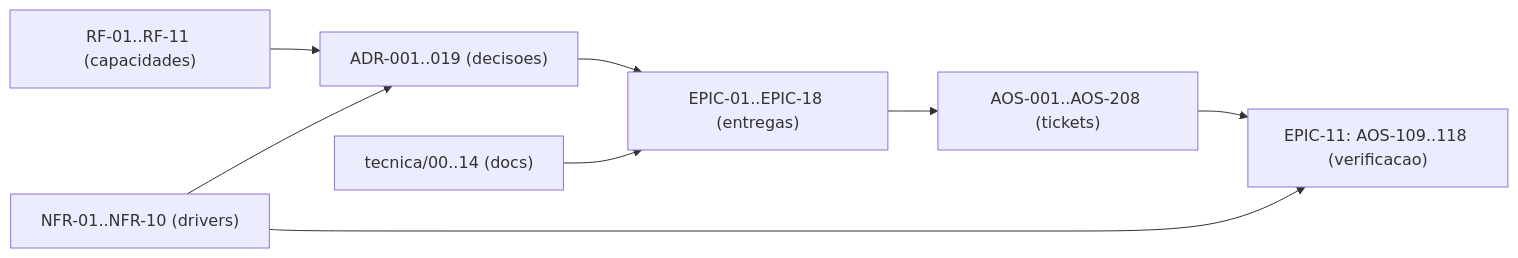
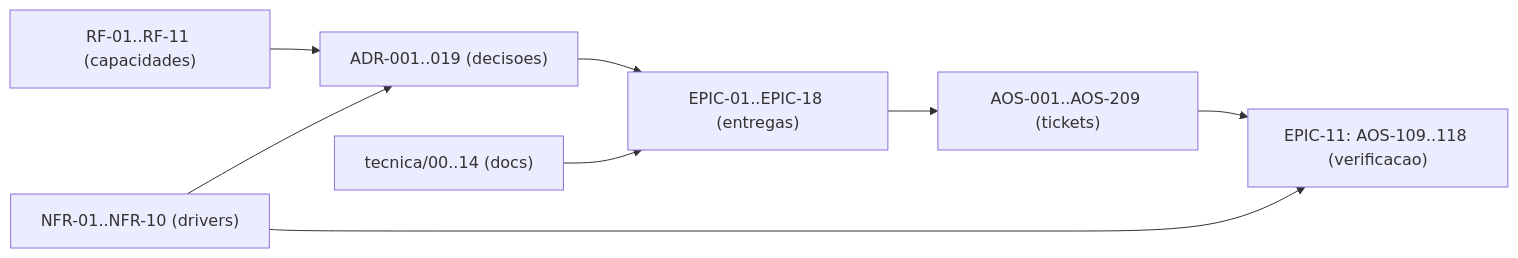
Before and after one commit to albinoJimy/aos: the diagram in tecnica/16_Rastreabilidade_RTM.md, drawn with Mermaid. The commit also changed other lines of this file and 2 other files, not shown here.

First line of the commit message:
feat(EPIC-18): criar AOS-209 -- terminacao TLS do no (fecha a nota orfa do EPIC-15)

````diff
--- a/tecnica/16_Rastreabilidade_RTM.md
+++ b/tecnica/16_Rastreabilidade_RTM.md
@@ -166,10 +166,10 @@
 ```mermaid
 flowchart LR
     RF["RF-01..RF-11 (capacidades)"] --> ADR["ADR-001..019 (decisoes)"]
     NFR["NFR-01..NFR-10 (drivers)"] --> ADR
     ADR --> EPIC["EPIC-01..EPIC-18 (entregas)"]
-    EPIC --> TICK["AOS-001..AOS-208 (tickets)"]
+    EPIC --> TICK["AOS-001..AOS-209 (tickets)"]
     DOC["tecnica/00..14 (docs)"] --> EPIC
     TICK --> TEST["EPIC-11: AOS-109..118 (verificacao)"]
     NFR --> TEST
 ```
````
